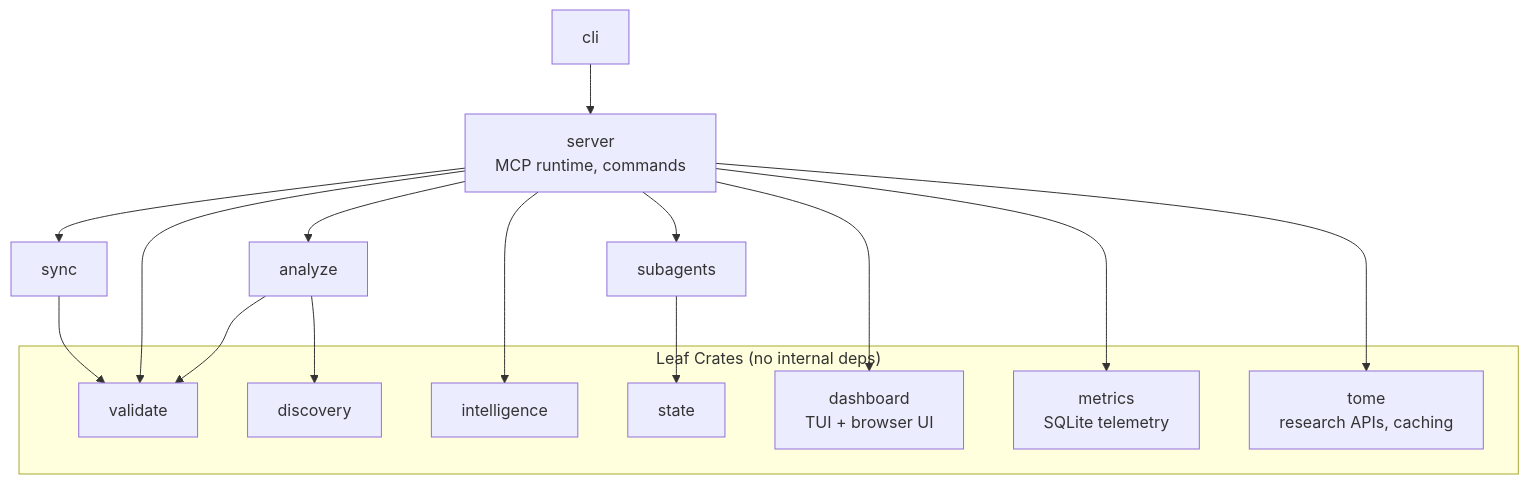
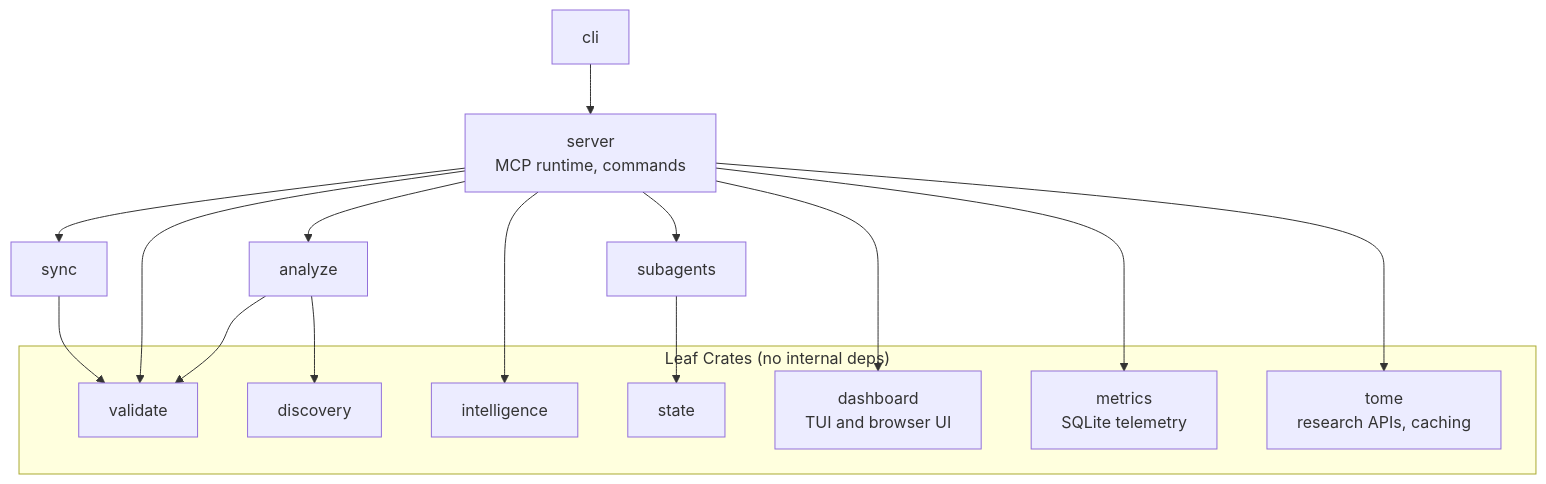
One commit to athola/skrills changed the second of 2 diagrams in docs/architecture.md. Above: the diagram before and after it, drawn with Mermaid. The commit also changed other lines of this file and 118 other files, not shown here.

````diff
--- a/docs/architecture.md
+++ b/docs/architecture.md
@@ -22,26 +22,26 @@
 ```mermaid
 graph TD
     cli[cli] --> server[server<br/>MCP runtime, commands]
     server --> sync[sync]
     server --> validate[validate]
     server --> analyze[analyze]
     server --> intelligence[intelligence]
     server --> subagents[subagents]
-    server --> dashboard[dashboard<br/>TUI + browser UI]
+    server --> dashboard[dashboard<br/>TUI and browser UI]
     server --> metrics[metrics<br/>SQLite telemetry]
     server --> tome[tome<br/>research APIs, caching]
     sync --> validate
     analyze --> validate
     analyze --> discovery
     subagents --> state[state]
 
     subgraph leaf["Leaf Crates (no internal deps)"]
         discovery[discovery]
         intelligence
         state
         validate
         metrics
         dashboard
         tome
     end
 ```
````
